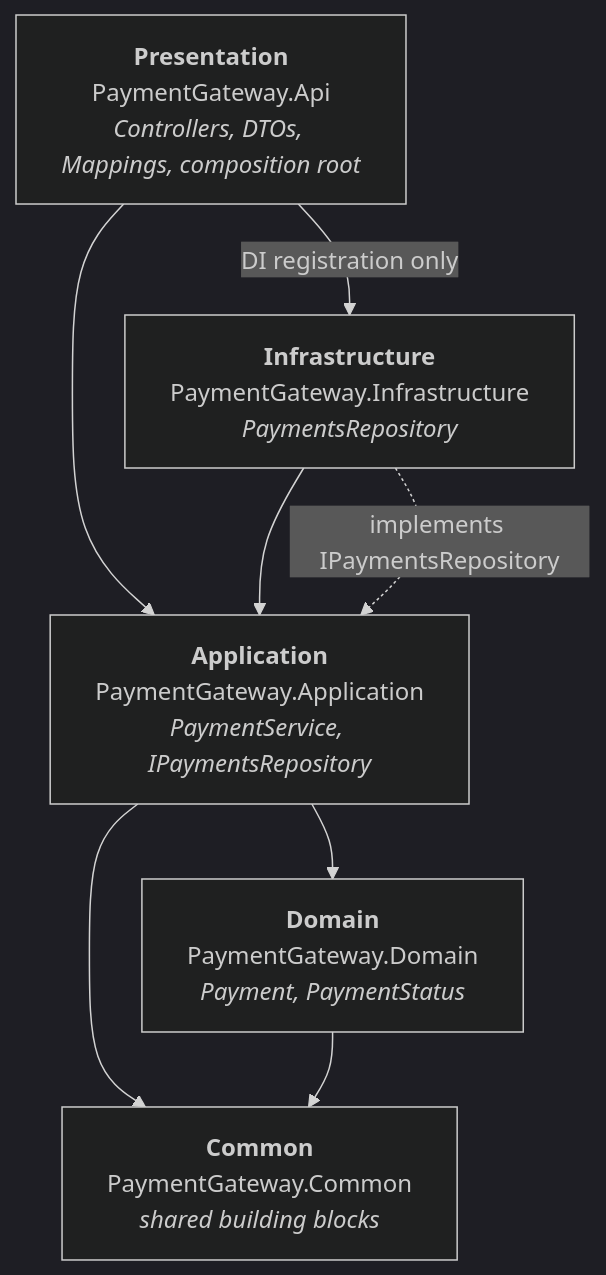
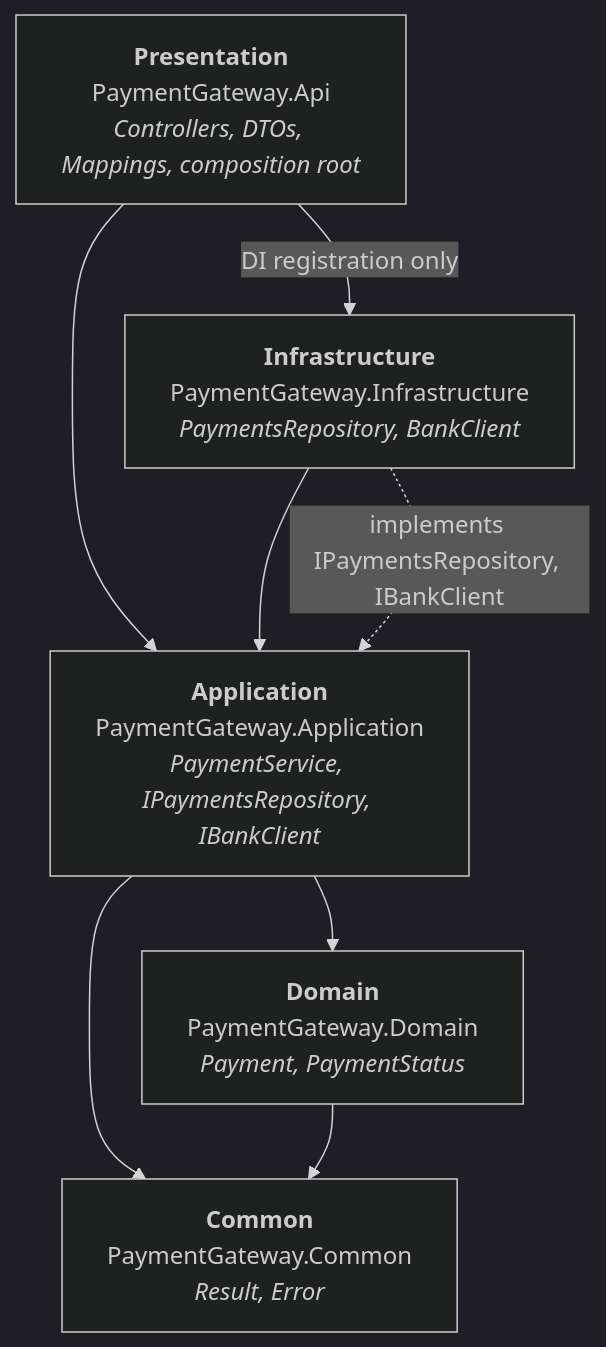
One commit to SuleCodes/payment-gateway-challenge-dotnet-main changed the first of 3 diagrams in README-TECH.md. Above: the diagram before and after it, drawn with Mermaid (dark theme). The commit also changed other lines of this file and 22 other files, not shown here.

Commit message:
Add the PostPayment endpoint, Client  Validator and Tests

````diff
--- a/README-TECH.md
+++ b/README-TECH.md
@@ -35,16 +36,16 @@
 ```mermaid
 flowchart TD
     Api["<b>Presentation</b><br/>PaymentGateway.Api<br/><i>Controllers, DTOs, Mappings, composition root</i>"]
-    Infra["<b>Infrastructure</b><br/>PaymentGateway.Infrastructure<br/><i>PaymentsRepository</i>"]
-    App["<b>Application</b><br/>PaymentGateway.Application<br/><i>PaymentService, IPaymentsRepository</i>"]
+    Infra["<b>Infrastructure</b><br/>PaymentGateway.Infrastructure<br/><i>PaymentsRepository, BankClient</i>"]
+    App["<b>Application</b><br/>PaymentGateway.Application<br/><i>PaymentService, IPaymentsRepository, IBankClient</i>"]
     Domain["<b>Domain</b><br/>PaymentGateway.Domain<br/><i>Payment, PaymentStatus</i>"]
-    Common["<b>Common</b><br/>PaymentGateway.Common<br/><i>shared building blocks</i>"]
+    Common["<b>Common</b><br/>PaymentGateway.Common<br/><i>Result, Error</i>"]
 
     Api --> App
     Api -- "DI registration only" --> Infra
     Infra --> App
     App --> Domain
     App --> Common
     Domain --> Common
-    Infra -. "implements IPaymentsRepository" .-> App
+    Infra -. "implements IPaymentsRepository, IBankClient" .-> App
 ```
````
